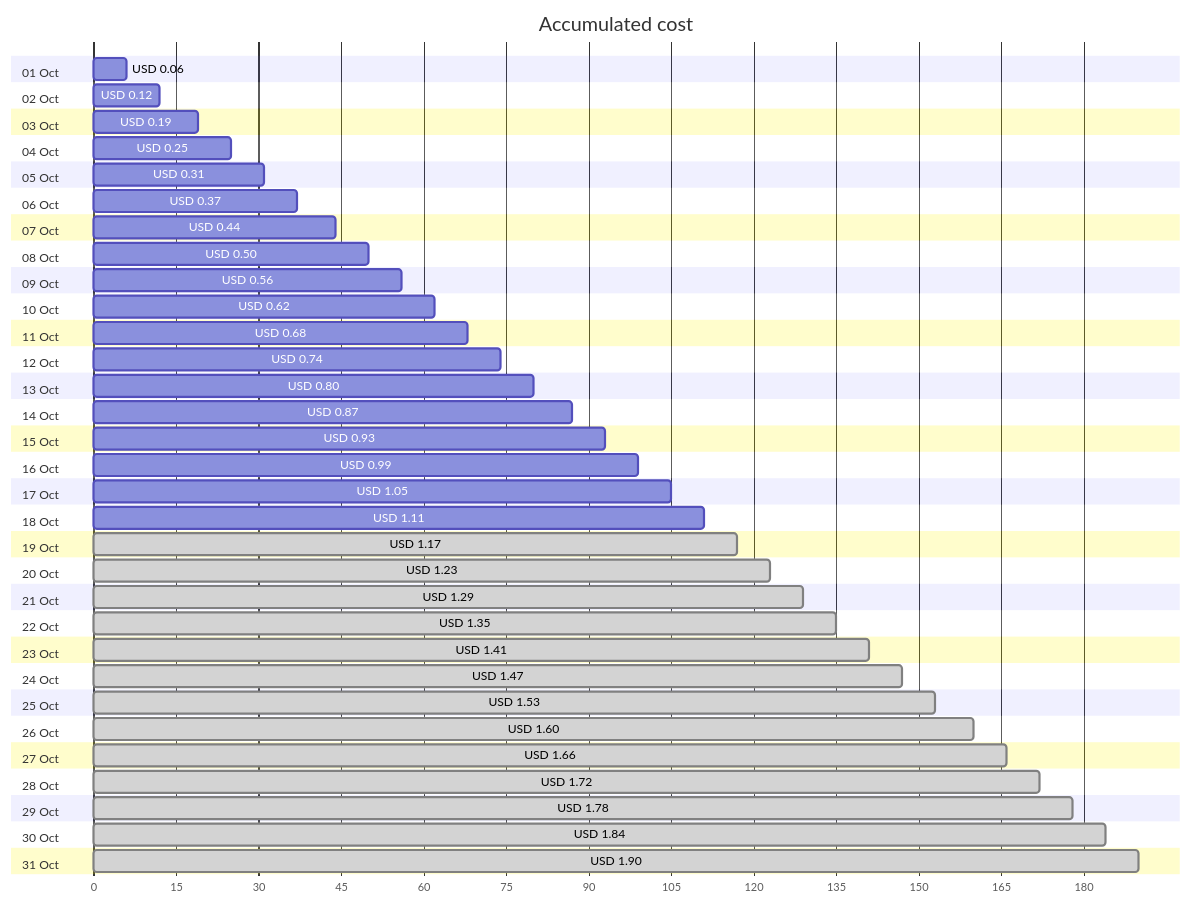
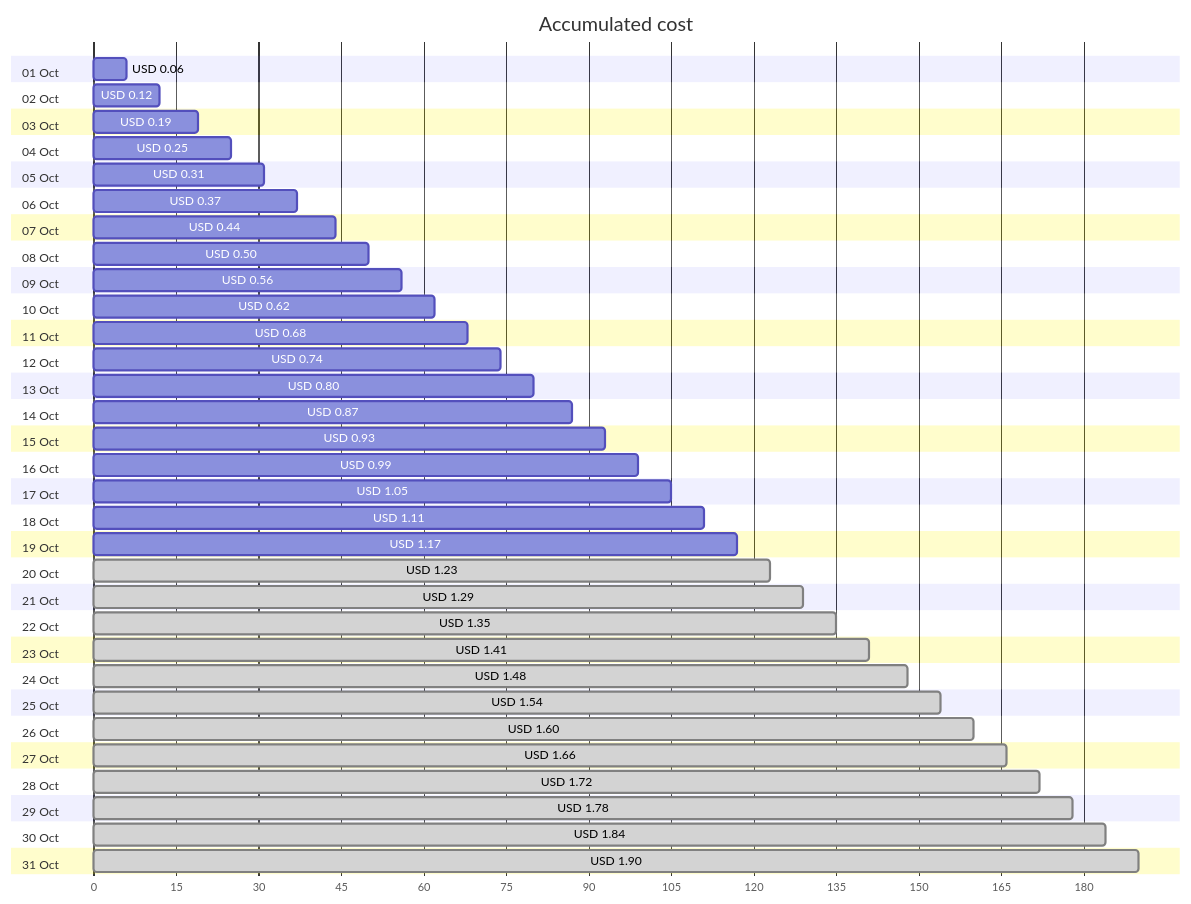
One commit to jpfulton/azure-personal-reports changed the first of 4 diagrams in cost-reports/personal-network/vpn-server_OsDisk.md. Above: the diagram before and after it, drawn with Mermaid. The commit also changed other lines of this file and 8 other files, not shown here.

````diff
--- a/cost-reports/personal-network/vpn-server_OsDisk.md
+++ b/cost-reports/personal-network/vpn-server_OsDisk.md
@@ -20,68 +20,68 @@
 ```mermaid
 gantt
    title Accumulated cost
    dateFormat  X
    axisFormat %s
    section 01 Oct
    USD 0.06 :0, 6
    section 02 Oct
    USD 0.12 :0, 12
    section 03 Oct
    USD 0.19 :0, 19
    section 04 Oct
    USD 0.25 :0, 25
    section 05 Oct
    USD 0.31 :0, 31
    section 06 Oct
    USD 0.37 :0, 37
    section 07 Oct
    USD 0.44 :0, 44
    section 08 Oct
    USD 0.50 :0, 50
    section 09 Oct
    USD 0.56 :0, 56
    section 10 Oct
    USD 0.62 :0, 62
    section 11 Oct
    USD 0.68 :0, 68
    section 12 Oct
    USD 0.74 :0, 74
    section 13 Oct
    USD 0.80 :0, 80
    section 14 Oct
    USD 0.87 :0, 87
    section 15 Oct
    USD 0.93 :0, 93
    section 16 Oct
    USD 0.99 :0, 99
    section 17 Oct
    USD 1.05 :0, 105
    section 18 Oct
    USD 1.11 :0, 111
    section 19 Oct
-   USD 1.17 : done, 0, 117
+   USD 1.17 :0, 117
    section 20 Oct
    USD 1.23 : done, 0, 123
    section 21 Oct
    USD 1.29 : done, 0, 129
    section 22 Oct
    USD 1.35 : done, 0, 135
    section 23 Oct
    USD 1.41 : done, 0, 141
    section 24 Oct
-   USD 1.47 : done, 0, 147
+   USD 1.48 : done, 0, 148
    section 25 Oct
-   USD 1.53 : done, 0, 153
+   USD 1.54 : done, 0, 154
    section 26 Oct
    USD 1.60 : done, 0, 160
    section 27 Oct
    USD 1.66 : done, 0, 166
    section 28 Oct
    USD 1.72 : done, 0, 172
    section 29 Oct
    USD 1.78 : done, 0, 178
    section 30 Oct
    USD 1.84 : done, 0, 184
    section 31 Oct
    USD 1.90 : done, 0, 190
 ```
````
